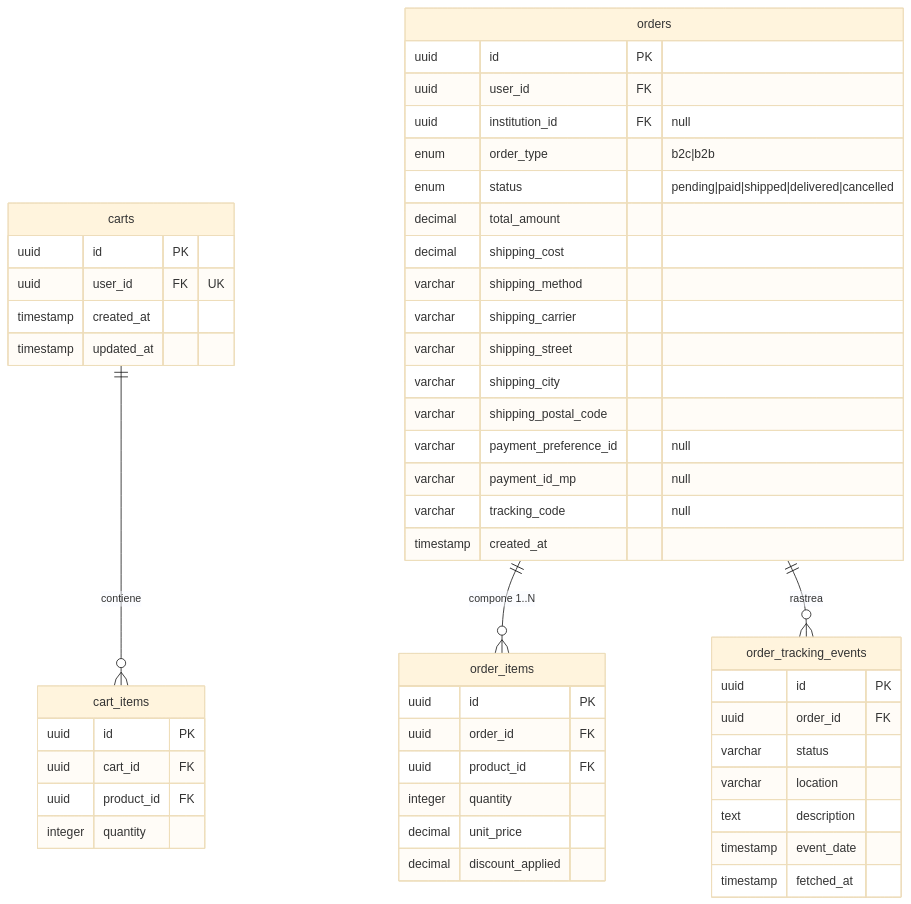
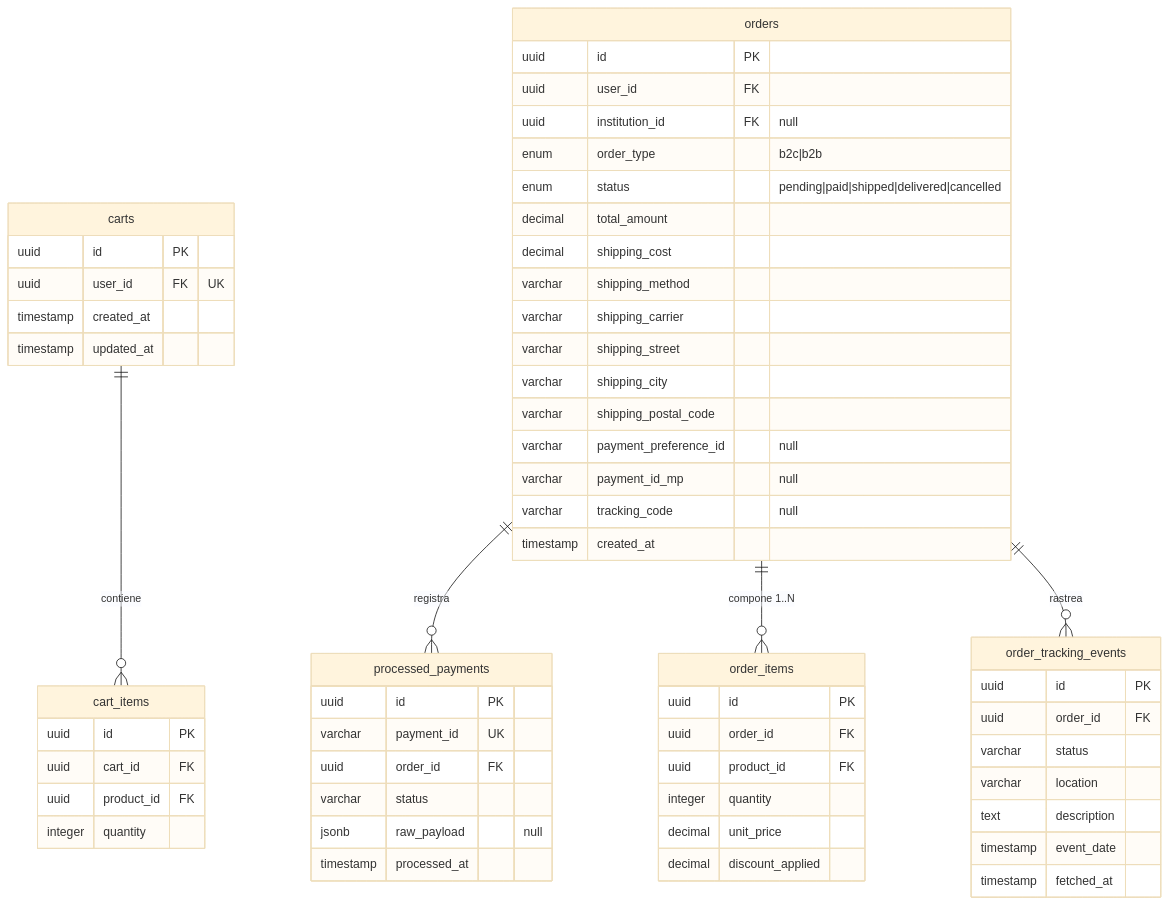
Before and after one commit to EXCOFFee/acalud: the diagram in docs/01-modelo-datos/der_m3.mmd, drawn with Mermaid (base theme). The commit also changed 79 other files, not shown here.

```diff
--- a/docs/01-modelo-datos/der_m3.mmd
+++ b/docs/01-modelo-datos/der_m3.mmd
@@ -1,51 +1,60 @@
 erDiagram
   carts {
     uuid id PK
     uuid user_id FK "UK"
     timestamp created_at
     timestamp updated_at
   }
   cart_items {
     uuid id PK
     uuid cart_id FK
     uuid product_id FK
     integer quantity
   }
   orders {
     uuid id PK
     uuid user_id FK
     uuid institution_id FK "null"
     enum order_type "b2c|b2b"
     enum status "pending|paid|shipped|delivered|cancelled"
     decimal total_amount
     decimal shipping_cost
     varchar shipping_method
     varchar shipping_carrier
     varchar shipping_street
     varchar shipping_city
     varchar shipping_postal_code
     varchar payment_preference_id "null"
     varchar payment_id_mp "null"
     varchar tracking_code "null"
     timestamp created_at
   }
   order_items {
     uuid id PK
     uuid order_id FK
     uuid product_id FK
     integer quantity
     decimal unit_price
     decimal discount_applied
   }
   order_tracking_events {
     uuid id PK
     uuid order_id FK
     varchar status
     varchar location
     text description
     timestamp event_date
     timestamp fetched_at
   }
+  processed_payments {
+    uuid id PK
+    varchar payment_id UK
+    uuid order_id FK
+    varchar status
+    jsonb raw_payload "null"
+    timestamp processed_at
+  }
   carts ||--o{ cart_items : "contiene"
+  orders ||--o{ processed_payments : "registra"
   orders ||--o{ order_items : "compone 1..N"
   orders ||--o{ order_tracking_events : "rastrea"
```
